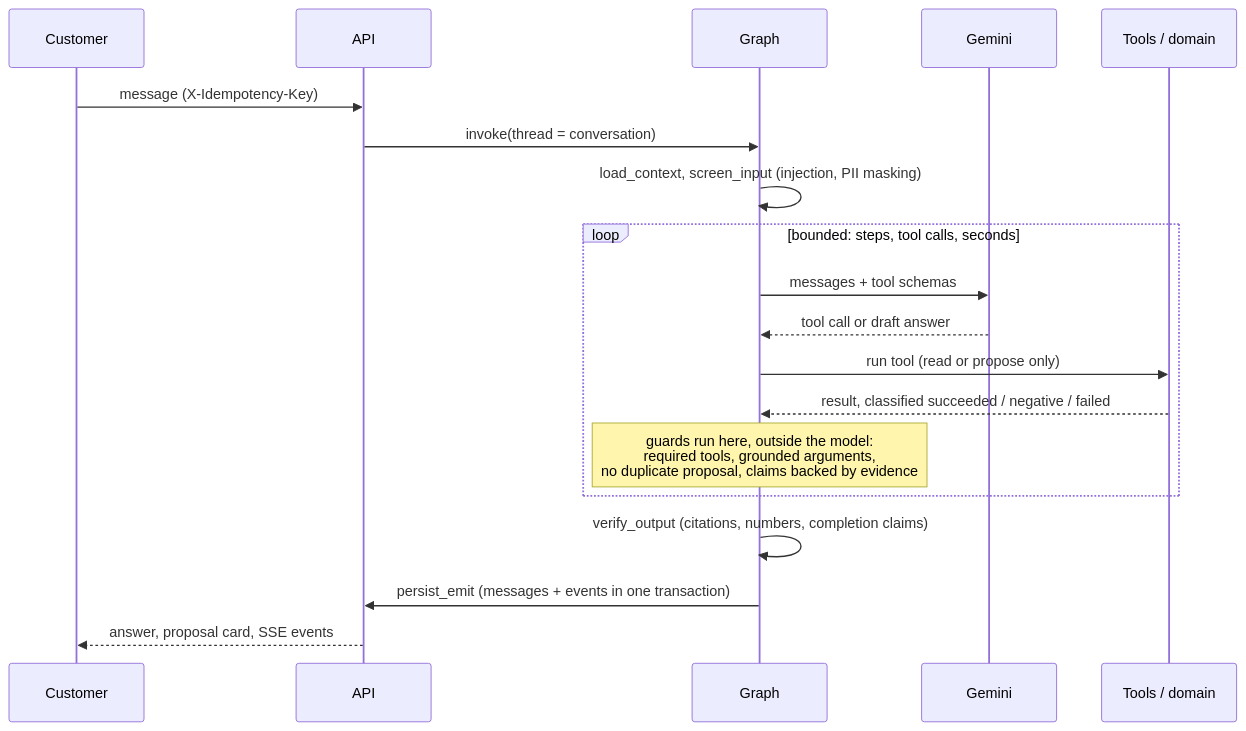
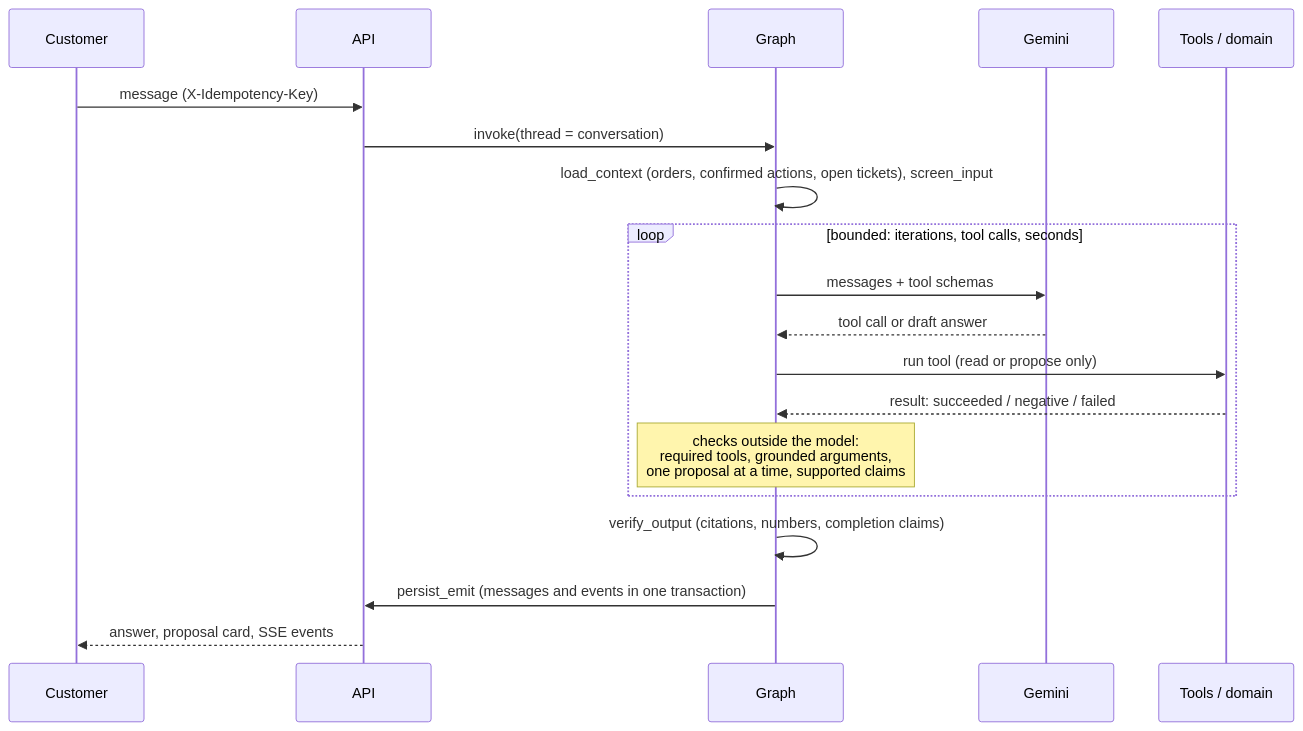
Before and after one commit to nvtanphat/support-shop: the second of 4 diagrams in README.md, drawn with Mermaid. The commit also changed other lines of this file, not shown here.

````diff
--- a/README.md
+++ b/README.md
@@ -87,21 +87,21 @@
 ```mermaid
 sequenceDiagram
     participant C as Customer
     participant A as API
     participant G as Graph
     participant M as Gemini
     participant T as Tools / domain
     C->>A: message (X-Idempotency-Key)
     A->>G: invoke(thread = conversation)
-    G->>G: load_context, screen_input (injection, PII masking)
-    loop bounded: steps, tool calls, seconds
+    G->>G: load_context (orders, confirmed actions, open tickets), screen_input
+    loop bounded: iterations, tool calls, seconds
         G->>M: messages + tool schemas
         M-->>G: tool call or draft answer
         G->>T: run tool (read or propose only)
-        T-->>G: result, classified succeeded / negative / failed
-        Note over G: guards run here, outside the model:<br/>required tools, grounded arguments,<br/>no duplicate proposal, claims backed by evidence
+        T-->>G: result: succeeded / negative / failed
+        Note over G: checks outside the model:<br/>required tools, grounded arguments,<br/>one proposal at a time, supported claims
     end
     G->>G: verify_output (citations, numbers, completion claims)
-    G->>A: persist_emit (messages + events in one transaction)
+    G->>A: persist_emit (messages and events in one transaction)
     A-->>C: answer, proposal card, SSE events
 ```
````
